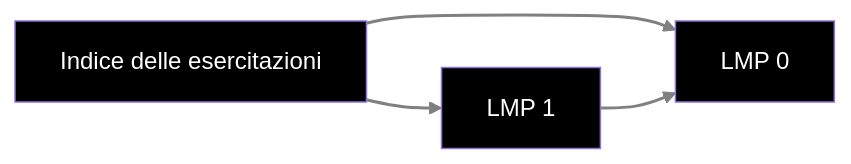
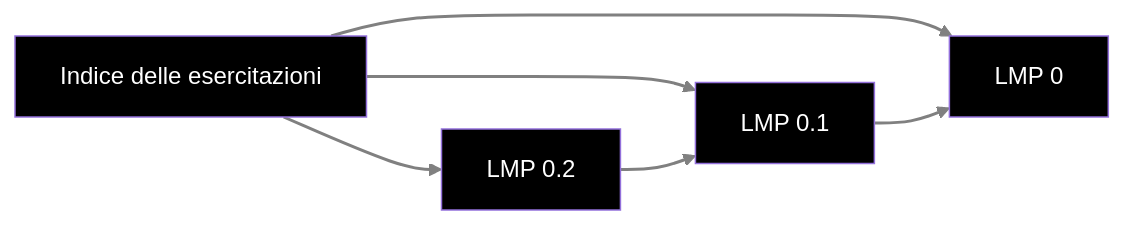
Before and after one commit to francosalvucci14/Appunti-II-anno: the diagram in Appunti LMP/MOD I/Esercitazioni/Indice delle esercitazioni.md, drawn with Mermaid. The commit also changed other lines of this file and 3 other files, not shown here.

````diff
--- a/Appunti LMP/MOD I/Esercitazioni/Indice delle esercitazioni.md
+++ b/Appunti LMP/MOD I/Esercitazioni/Indice delle esercitazioni.md
@@ -8,14 +9,17 @@
 ```mermaid
 graph LR;
 	A[Indice delle esercitazioni]
 	B[LMP 0]
-	C[LMP 1]
+	C[LMP 0.1]
+	D[LMP 0.2]
 
 	linkStyle default stroke-width:2px,fill:none,stroke:grey,color:red
 	
 	style A fill:black, color:#fff
 	style B fill:black, color:#fff
 	style C fill:black, color:#fff
-	A-->B & C
+	style D fill:black, color:#fff
+	A-->B & C & D
 	C-->B
+	D-->C
 ```
````
